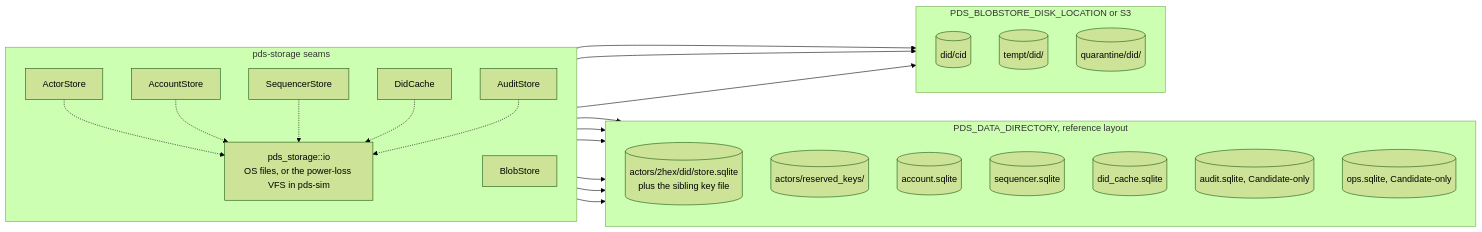
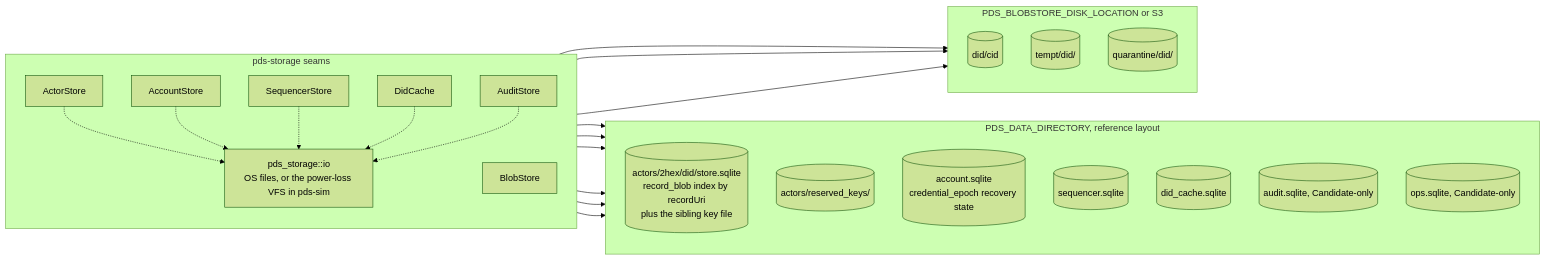
One commit to linkjar/pds changed the diagram in docs/architecture/diagrams/07-storage.mmd. Above: the diagram before and after it, drawn with Mermaid (forest theme). The commit also changed 272 other files, not shown here.

```diff
--- a/docs/architecture/diagrams/07-storage.mmd
+++ b/docs/architecture/diagrams/07-storage.mmd
@@ -1,34 +1,34 @@
 flowchart LR
   subgraph seams [pds-storage seams]
     direction TB
     as[ActorStore]
     acc[AccountStore]
     seq[SequencerStore]
     dc[DidCache]
     au[AuditStore]
     bs[BlobStore]
     io[pds_storage::io<br/>OS files, or the power-loss VFS in pds-sim]
   end
   subgraph dir [PDS_DATA_DIRECTORY, reference layout]
     direction TB
-    st[(actors/2hex/did/store.sqlite<br/>plus the sibling key file)]
+    st[(actors/2hex/did/store.sqlite<br/>record_blob index by recordUri<br/>plus the sibling key file)]
     rk[(actors/reserved_keys/)]
-    a[(account.sqlite)]
+    a[(account.sqlite<br/>credential_epoch recovery state)]
     s[(sequencer.sqlite)]
     d[(did_cache.sqlite)]
     audit[(audit.sqlite, Candidate-only)]
     opsdb[(ops.sqlite, Candidate-only)]
   end
   subgraph blobs [PDS_BLOBSTORE_DISK_LOCATION or S3]
     direction TB
     b[(did/cid)]
     tmp[(tempt/did/)]
     q[(quarantine/did/)]
   end
   as --> st & rk
   acc --> a
   seq --> s
   dc --> d
   au --> audit
   bs --> b & tmp & q
   as & acc & seq & dc & au -.-> io
```
